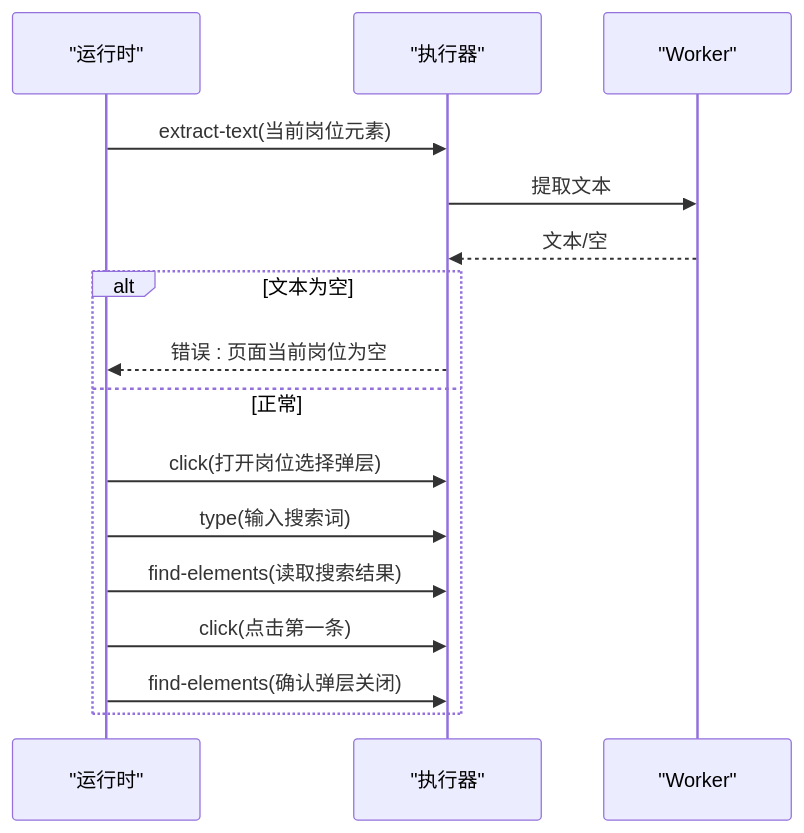
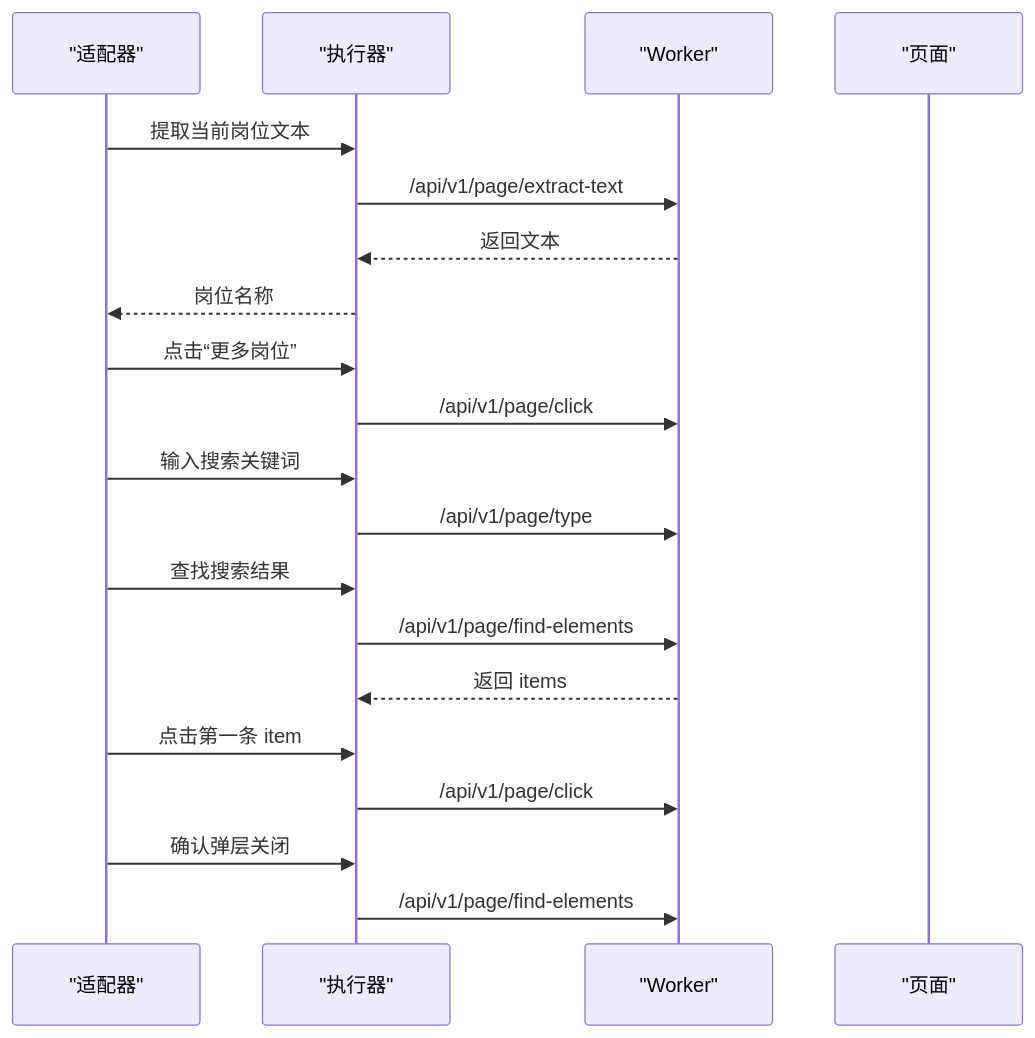
The fourth of 8 diagrams in .qoder/repowiki/zh/content/本地执行器/平台适配器/智联招聘适配器/智联招聘适配器.md (alvinwangzi/goodhr), drawn with Mermaid before and after one commit. The commit also changed other lines of this file and 149 other files, not shown here.

````diff
--- a/.qoder/repowiki/zh/content/本地执行器/平台适配器/智联招聘适配器/智联招聘适配器.md
+++ b/.qoder/repowiki/zh/content/本地执行器/平台适配器/智联招聘适配器/智联招聘适配器.md
@@ -158,18 +190,22 @@
 ```mermaid
 sequenceDiagram
-participant R as "运行时"
+participant R as "适配器"
 participant E as "执行器"
 participant W as "Worker"
-R->>E : extract-text(当前岗位元素)
-E->>W : 提取文本
-W-->>E : 文本/空
-alt 文本为空
-E-->>R : 错误 : 页面当前岗位为空
-else 正常
-R->>E : click(打开岗位选择弹层)
-R->>E : type(输入搜索词)
-R->>E : find-elements(读取搜索结果)
-R->>E : click(点击第一条)
-R->>E : find-elements(确认弹层关闭)
-end
+participant P as "页面"
+R->>E : 提取当前岗位文本
+E->>W : /api/v1/page/extract-text
+W-->>E : 返回文本
+E-->>R : 岗位名称
+R->>E : 点击“更多岗位”
+E->>W : /api/v1/page/click
+R->>E : 输入搜索关键词
+E->>W : /api/v1/page/type
+R->>E : 查找搜索结果
+E->>W : /api/v1/page/find-elements
+W-->>E : 返回 items
+R->>E : 点击第一条 item
+E->>W : /api/v1/page/click
+R->>E : 确认弹层关闭
+E->>W : /api/v1/page/find-elements
 ```
````
